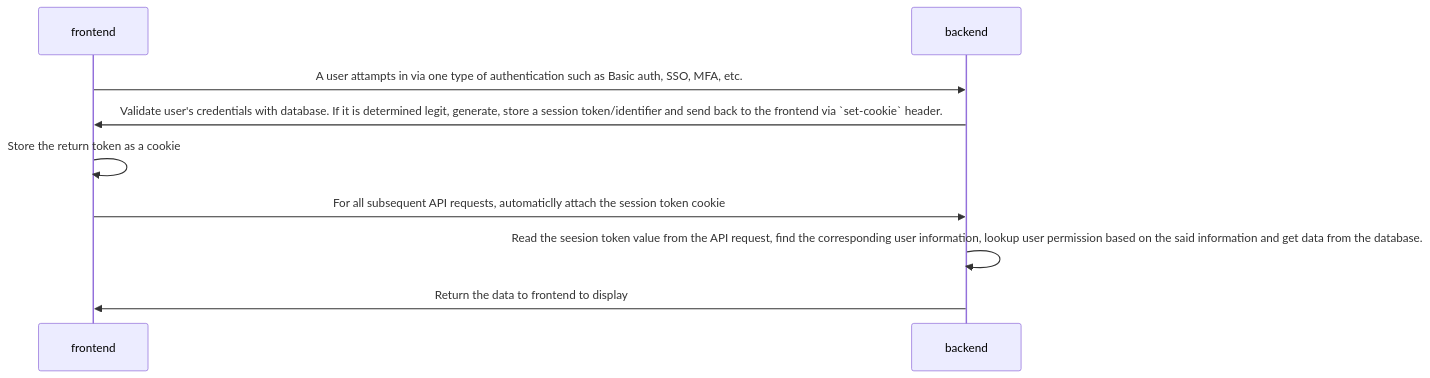
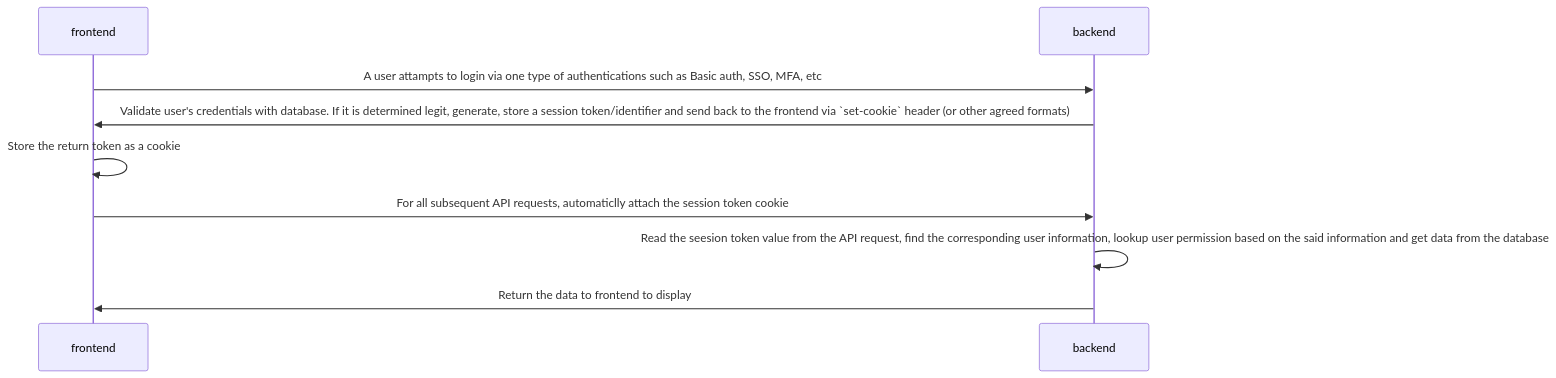
Before and after one commit to akshatarrao/CSI5112-Project: the second of 2 diagrams in privacy_report.md, drawn with Mermaid. The commit also changed other lines of this file, not shown here.

Commit message:
This is a default message. I am too lazy to type anything

````diff
--- a/privacy_report.md
+++ b/privacy_report.md
@@ -38,11 +38,11 @@
 ```mermaid
 sequenceDiagram
     participant frontend
     participant backend
-    frontend->>backend: A user attampts in via one type of authentication such as Basic auth, SSO, MFA, etc. 
-    backend->>frontend: Validate user's credentials with database. If it is determined legit, generate, store a session token/identifier and send back to the frontend via `set-cookie` header. 
+    frontend->>backend: A user attampts to login via one type of authentications such as Basic auth, SSO, MFA, etc
+    backend->>frontend: Validate user's credentials with database. If it is determined legit, generate, store a session token/identifier and send back to the frontend via `set-cookie` header (or other agreed formats)
     frontend->>frontend: Store the return token as a cookie
     frontend->>backend: For all subsequent API requests, automaticlly attach the session token cookie
-    backend->>backend: Read the seesion token value from the API request, find the corresponding user information, lookup user permission based on the said information and get data from the database.
+    backend->>backend: Read the seesion token value from the API request, find the corresponding user information, lookup user permission based on the said information and get data from the database
     backend->>frontend: Return the data to frontend to display
 ```
````
